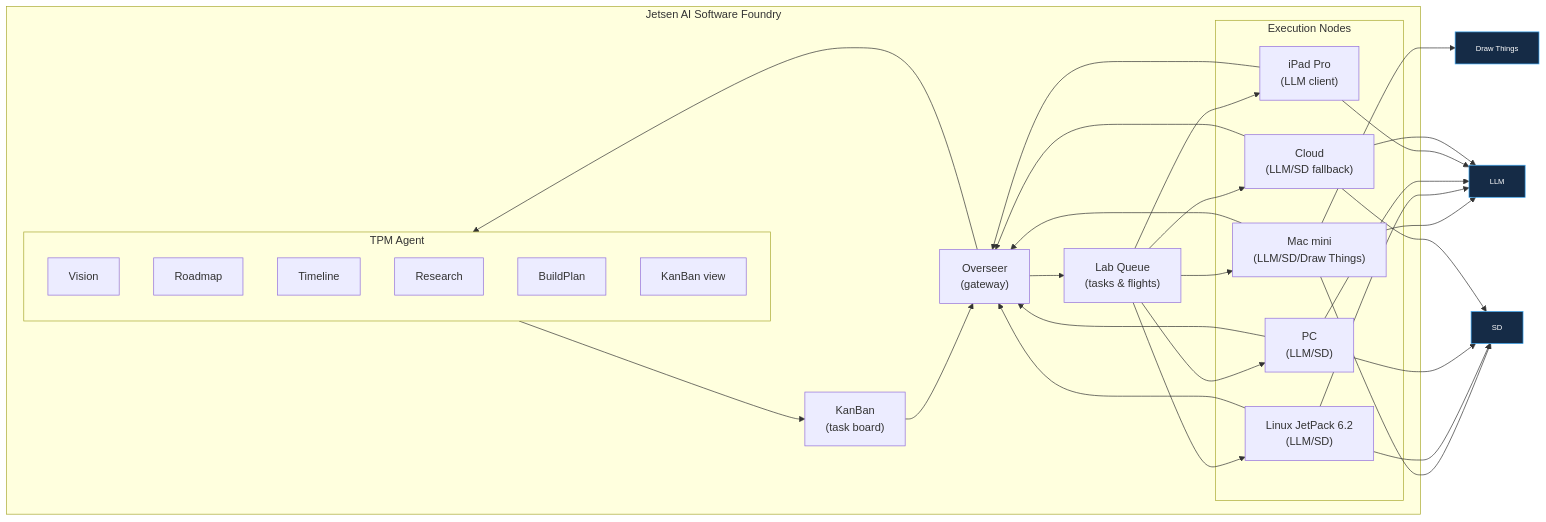
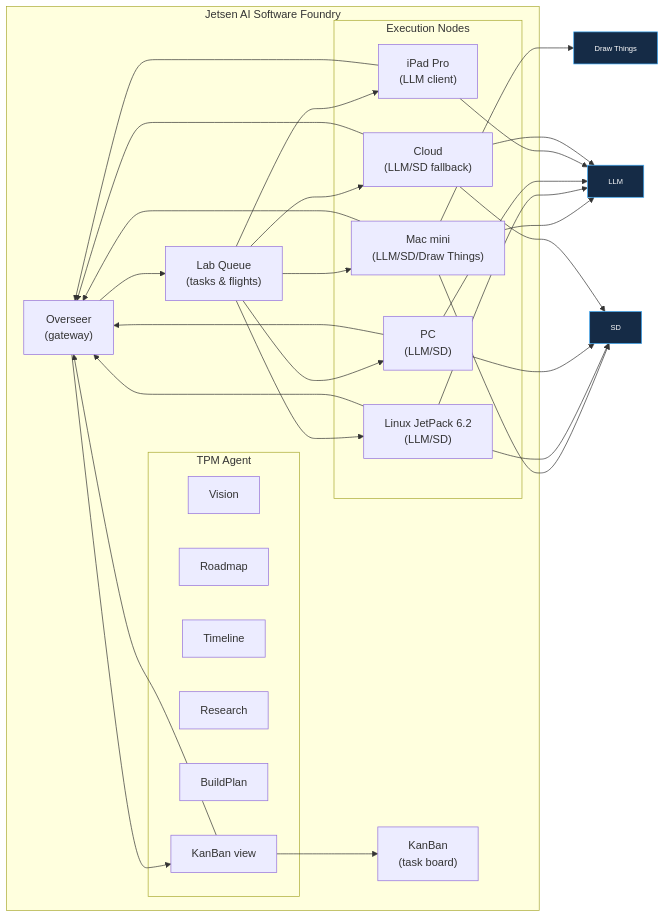
Before and after one commit to JessJetsen/JetsenAiSoftwareFoundry: the diagram in README.md, drawn with Mermaid.

Commit message:
Update flow connections in README diagram

````diff
--- a/README.md
+++ b/README.md
@@ -7,62 +7,62 @@
 ```mermaid
 flowchart LR
     subgraph Lab["Jetsen AI Software Foundry"]
         O["Overseer\n(gateway)"]
         KB["KanBan\n(task board)"]
         Q["Lab Queue\n(tasks & flights)"]
 
         %% TPM side (separate)
         subgraph TPM["TPM Agent"]
             V["Vision"]
             R["Roadmap"]
             T["Timeline"]
             RS["Research"]
             BP["BuildPlan"]
             KBT["KanBan view"]
         end
 
-        TPM --> KB
-        KB --> O
+        KBT --> KB
+        KBT --> O
         O --> Q
 
         subgraph Nodes["Execution Nodes"]
             MM["Mac mini\n(LLM/SD/Draw Things)"]
             LX["Linux JetPack 6.2\n(LLM/SD)"]
             PC["PC\n(LLM/SD)"]
             IP["iPad Pro\n(LLM client)"]
             CL["Cloud\n(LLM/SD fallback)"]
         end
 
         Q --> MM
         Q --> LX
         Q --> PC
         Q --> IP
         Q --> CL
 
         MM --> O
         LX --> O
         PC --> O
         IP --> O
         CL --> O
 
-        O --> TPM
+        O --> KBT
     end
 
     %% Capability bubbles
     classDef cap fill:#152b46,stroke:#3da9f5,color:#fff,font-size:11px;
     capLLM["LLM"]:::cap
     capSD["SD"]:::cap
     capDT["Draw Things"]:::cap
 
     MM --> capLLM
     MM --> capSD
     MM --> capDT
     LX --> capLLM
     LX --> capSD
     PC --> capLLM
     PC --> capSD
     IP --> capLLM
     CL --> capLLM
     CL --> capSD
 
 ```
````
